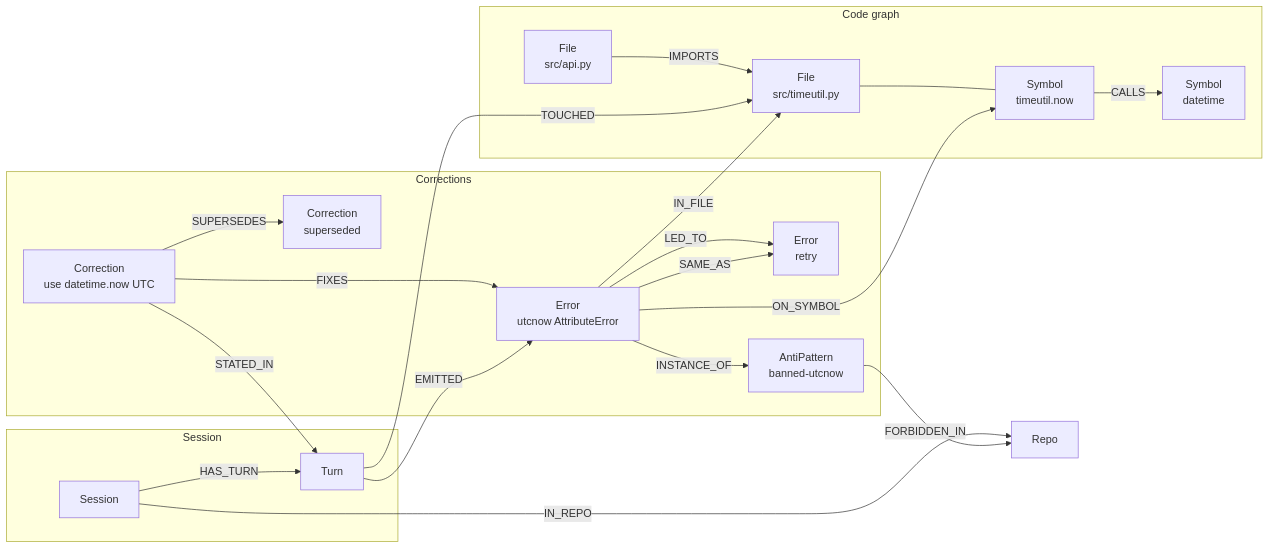
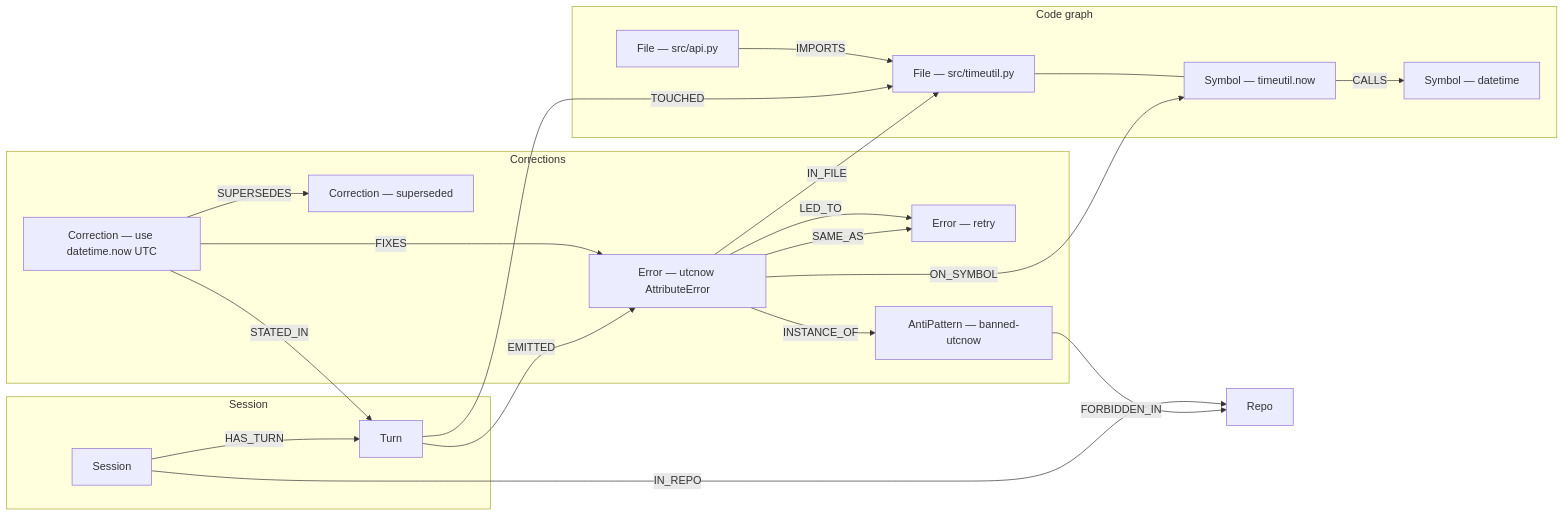
One commit to fozagtx/scar changed the diagram in README.md. Above: the diagram before and after it, drawn with Mermaid.

Commit message:
Use mermaid-safe node labels on the README graph.

````diff
--- a/README.md
+++ b/README.md
@@ -20,39 +20,39 @@
 ```mermaid
 flowchart LR
   subgraph session["Session"]
     Session
     Turn
     Session -->|HAS_TURN| Turn
   end
 
   subgraph code["Code graph"]
-    Importer["File<br/>src/api.py"]
-    File["File<br/>src/timeutil.py"]
-    Symbol["Symbol<br/>timeutil.now"]
-    Callee["Symbol<br/>datetime"]
+    Importer["File — src/api.py"]
+    File["File — src/timeutil.py"]
+    Symbol["Symbol — timeutil.now"]
+    Callee["Symbol — datetime"]
     Importer -->|IMPORTS| File
     File --- Symbol
     Symbol -->|CALLS| Callee
   end
 
   subgraph scars["Corrections"]
-    Fail["Error<br/>utcnow AttributeError"]
-    Retry["Error<br/>retry"]
-    Live["Correction<br/>use datetime.now UTC"]
-    Dead["Correction<br/>superseded"]
-    AP["AntiPattern<br/>banned-utcnow"]
+    Fail["Error — utcnow AttributeError"]
+    Retry["Error — retry"]
+    Live["Correction — use datetime.now UTC"]
+    Dead["Correction — superseded"]
+    AP["AntiPattern — banned-utcnow"]
     Fail -->|LED_TO| Retry
     Fail -->|SAME_AS| Retry
     Live -->|FIXES| Fail
     Live -->|SUPERSEDES| Dead
     Fail -->|INSTANCE_OF| AP
   end
 
   Session -->|IN_REPO| Repo
   Turn -->|TOUCHED| File
   Turn -->|EMITTED| Fail
   Fail -->|IN_FILE| File
   Fail -->|ON_SYMBOL| Symbol
   Live -->|STATED_IN| Turn
   AP -->|FORBIDDEN_IN| Repo
 ```
````
